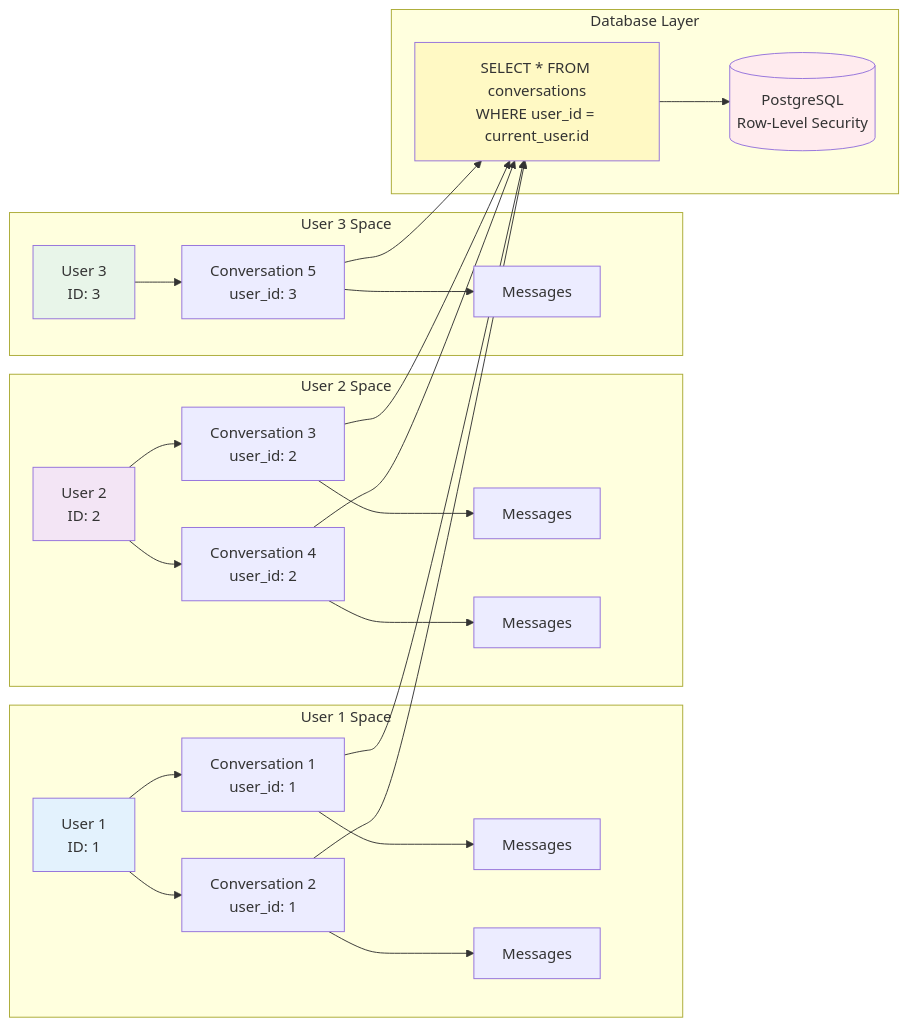
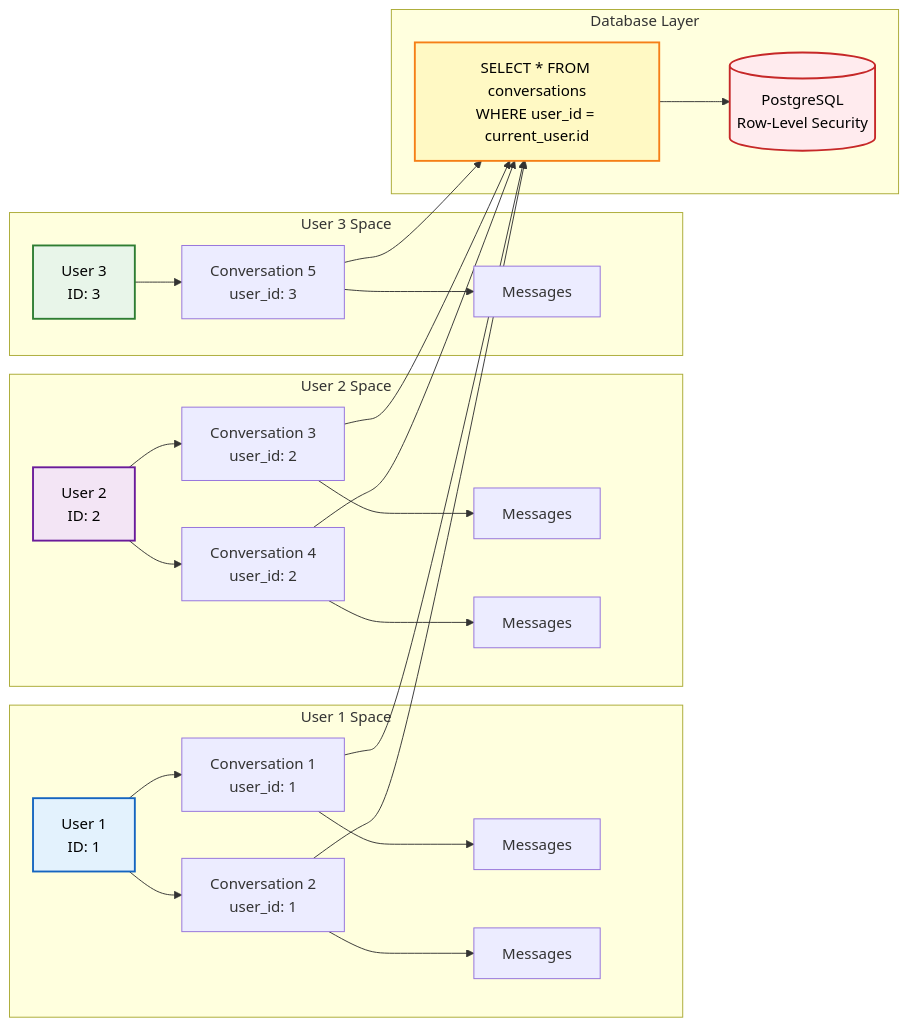
One commit to yash-ganatra/Banking-knowledgeAssistance changed the sixth of 17 diagrams in README.md. Above: the diagram before and after it, drawn with Mermaid. The commit also changed other lines of this file, not shown here.

````diff
--- a/README.md
+++ b/README.md
@@ -907,56 +907,56 @@
 ```mermaid
 graph LR
     subgraph "User 1 Space"
         U1[User 1<br/>ID: 1]
         U1C1[Conversation 1<br/>user_id: 1]
         U1C2[Conversation 2<br/>user_id: 1]
         U1M1[Messages]
         U1M2[Messages]
     end
     
     subgraph "User 2 Space"
         U2[User 2<br/>ID: 2]
         U2C1[Conversation 3<br/>user_id: 2]
         U2C2[Conversation 4<br/>user_id: 2]
         U2M1[Messages]
         U2M2[Messages]
     end
     
     subgraph "User 3 Space"
         U3[User 3<br/>ID: 3]
         U3C1[Conversation 5<br/>user_id: 3]
         U3M1[Messages]
     end
     
     subgraph "Database Layer"
         DB[(PostgreSQL<br/>Row-Level Security)]
         QUERY[SELECT * FROM conversations<br/>WHERE user_id = current_user.id]
     end
     
     U1 --> U1C1
     U1 --> U1C2
     U1C1 --> U1M1
     U1C2 --> U1M2
     
     U2 --> U2C1
     U2 --> U2C2
     U2C1 --> U2M1
     U2C2 --> U2M2
     
     U3 --> U3C1
     U3C1 --> U3M1
     
     U1C1 --> QUERY
     U1C2 --> QUERY
     U2C1 --> QUERY
     U2C2 --> QUERY
     U3C1 --> QUERY
     
     QUERY --> DB
     
-    style U1 fill:#e3f2fd
-    style U2 fill:#f3e5f5
-    style U3 fill:#e8f5e9
-    style DB fill:#ffebee
-    style QUERY fill:#fff9c4
+    style U1 fill:#e3f2fd,stroke:#1565c0,stroke-width:2px,color:#000
+    style U2 fill:#f3e5f5,stroke:#6a1b9a,stroke-width:2px,color:#000
+    style U3 fill:#e8f5e9,stroke:#2e7d32,stroke-width:2px,color:#000
+    style DB fill:#ffebee,stroke:#c62828,stroke-width:2px,color:#000
+    style QUERY fill:#fff9c4,stroke:#f57f17,stroke-width:2px,color:#000
 ```
````
